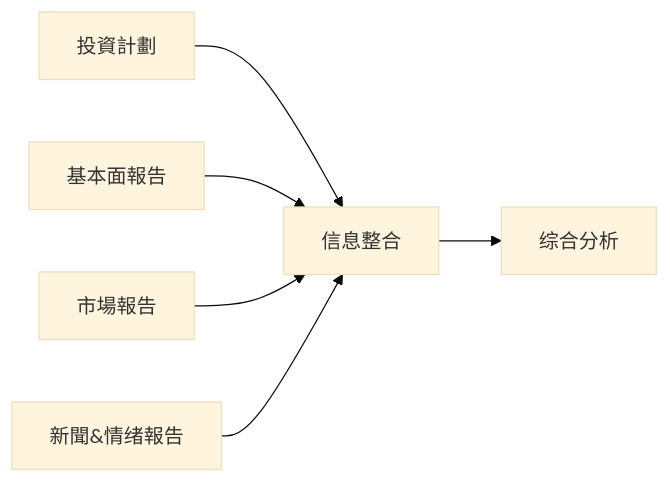
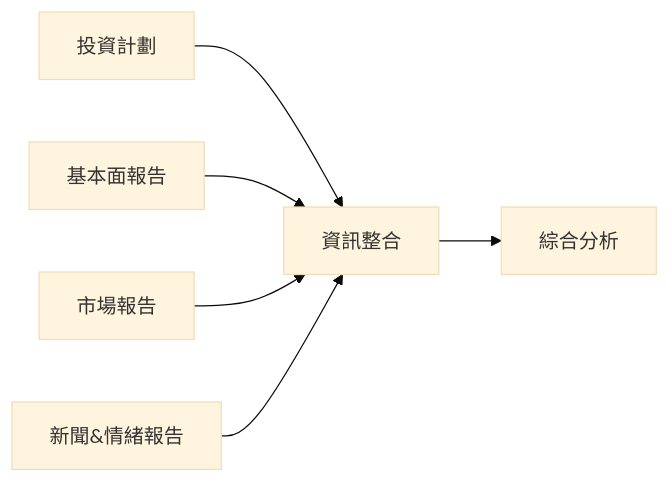
One commit to aiinpocket/TradingAgents-CN changed the first of 3 diagrams in docs/agents/v0.1.13/trader.md. Above: the diagram before and after it, drawn with Mermaid (base theme). The commit also changed other lines of this file and 277 other files, not shown here.

````diff
--- a/docs/agents/v0.1.13/trader.md
+++ b/docs/agents/v0.1.13/trader.md
@@ -263,8 +257,8 @@
 ```mermaid
 graph LR
-    A[投資計劃] --> E[信息整合]
+    A[投資計劃] --> E[資訊整合]
     B[基本面報告] --> E
     C[市場報告] --> E
-    D[新聞&情绪報告] --> E
-    E --> F[综合分析]
+    D[新聞&情緒報告] --> E
+    E --> F[綜合分析]
 ```
````
